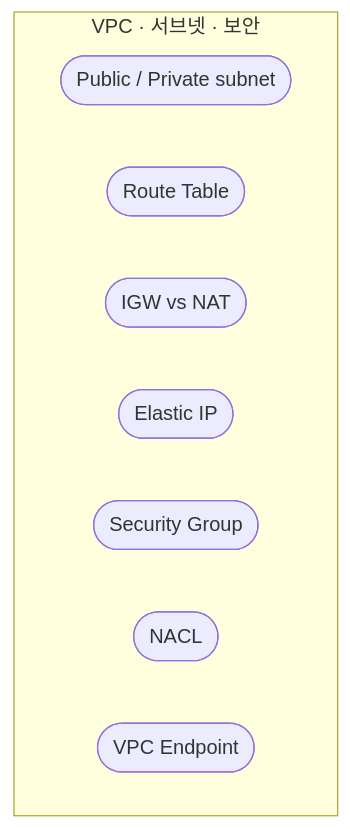
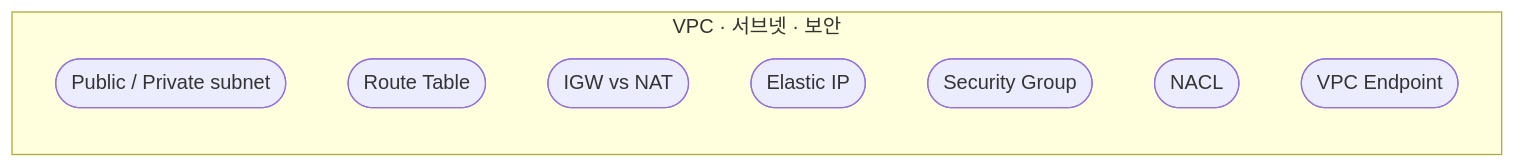
One commit to gwonmin/QuizNox_front changed the first of 5 diagrams in public/handbook/aws-common/overview.md. Above: the diagram before and after it, drawn with Mermaid. The commit also changed other lines of this file and 164 other files, not shown here.

First line of the commit message:
feat: update AWS common handbook with new sections and diagrams

````diff
--- a/public/handbook/aws-common/overview.md
+++ b/public/handbook/aws-common/overview.md
@@ -7,12 +11,12 @@
 ```mermaid
-flowchart TB
-  subgraph vpc [VPC · 서브넷 · 보안]
+flowchart LR
+  subgraph net [VPC · 서브넷 · 보안]
     SUB([Public / Private subnet])
     RT([Route Table])
     GW([IGW vs NAT])
     EIP([Elastic IP])
     SG([Security Group])
     NL([NACL])
     EP([VPC Endpoint])
   end
 ```
````
